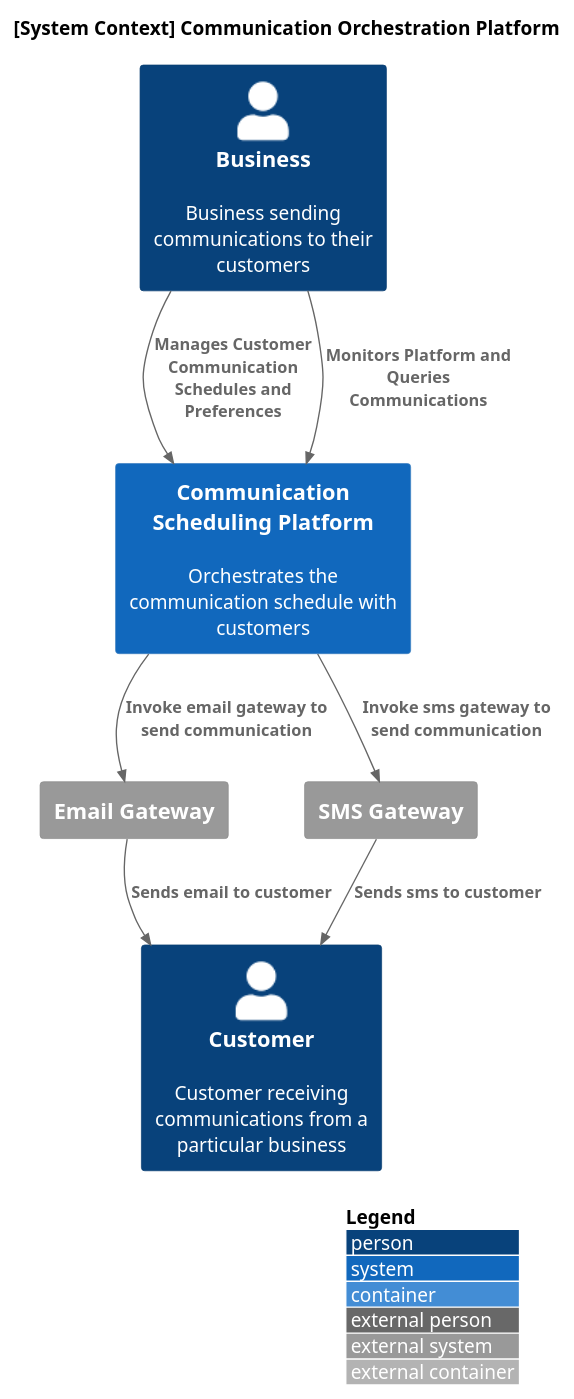
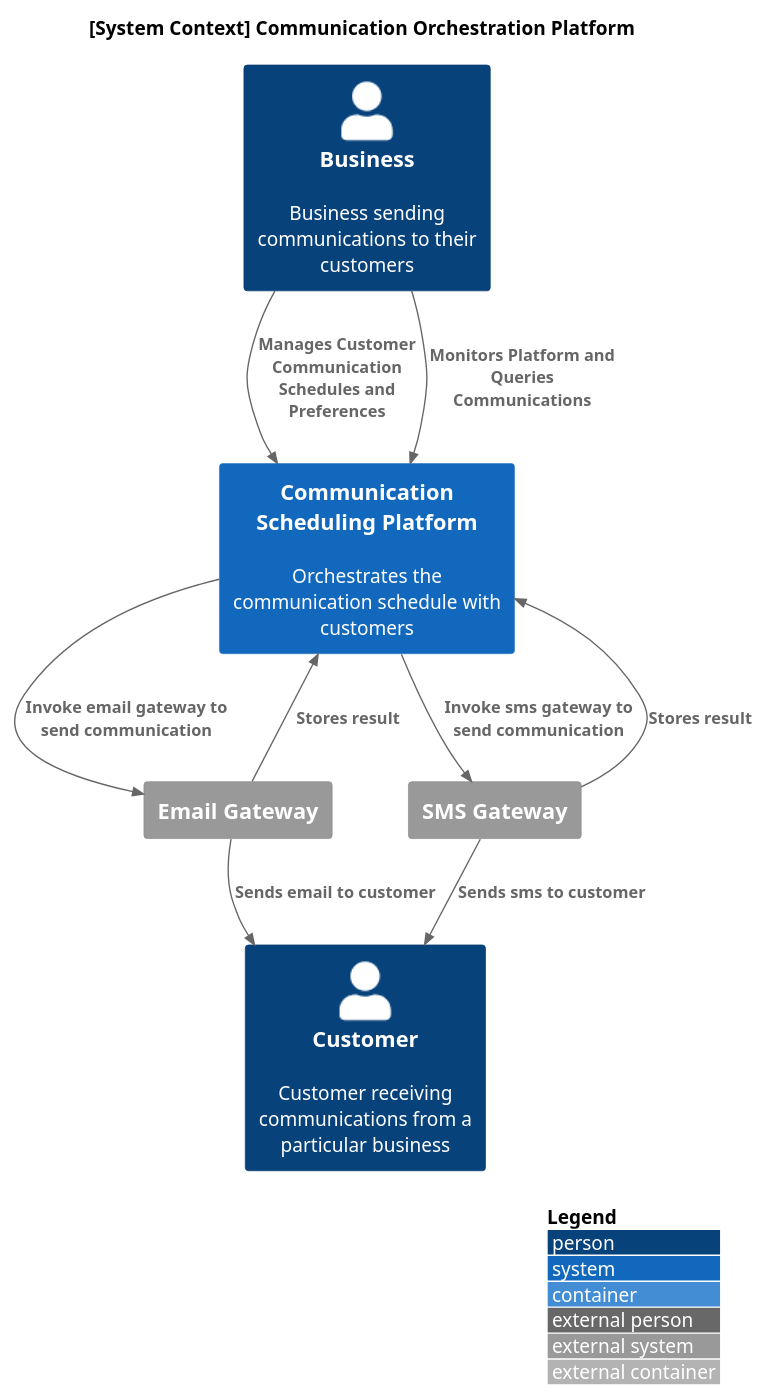
The diagram in Designs/System Context/SystemContextDiagram.puml (CameronWard301/communication_scheduler), drawn with PlantUML before and after one commit. The commit also changed 23 other files, not shown here.

```diff
--- a/Designs/System Context/SystemContextDiagram.puml
+++ b/Designs/System Context/SystemContextDiagram.puml
@@ -1,26 +1,29 @@
 @startuml SystemContextDiagram
 !include https://raw.githubusercontent.com/plantuml-stdlib/C4-PlantUML/master/C4_Container.puml
 
 LAYOUT_WITH_LEGEND()
 
 title [System Context] Communication Orchestration Platform
 
 Person(customer, "Customer", "Customer receiving communications from a particular business")
 Person(business, "Business", "Business sending communications to their customers")
 
 System(communicationSchedulingPlatform, "Communication Scheduling Platform", "Orchestrates the communication schedule with customers")
 
 System_Ext(email_gateway, "Email Gateway")
 System_Ext(sms_gateway, "SMS Gateway")
 
 
 Rel(business, communicationSchedulingPlatform, "Manages Customer Communication Schedules and Preferences")
 Rel(business, communicationSchedulingPlatform, "Monitors Platform and Queries Communications")
 
 Rel(communicationSchedulingPlatform, email_gateway, "Invoke email gateway to send communication")
 Rel(communicationSchedulingPlatform, sms_gateway, "Invoke sms gateway to send communication")
 
+Rel_Up(email_gateway, communicationSchedulingPlatform, "Stores result")
+Rel_Up(sms_gateway, communicationSchedulingPlatform, "Stores result")
+
 Rel(email_gateway, customer, "Sends email to customer")
 Rel(sms_gateway, customer, "Sends sms to customer")
 
 @enduml
```
